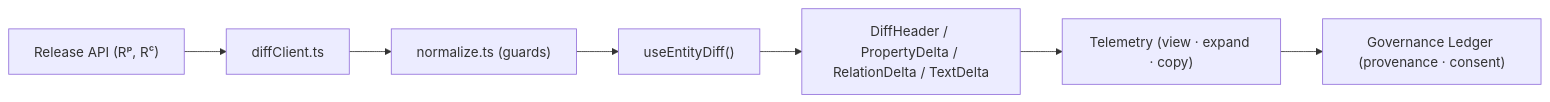
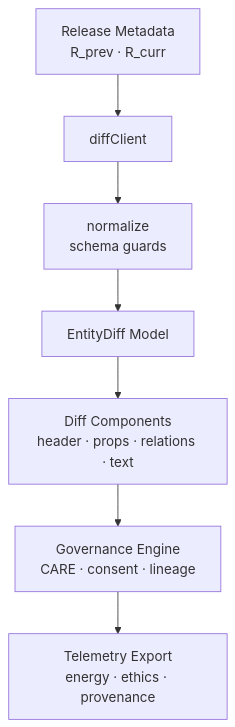
One commit to bartytime4life/Kansas-Frontier-Matrix changed the first of 7 diagrams in web/src/entities/diff-first/README.md. Above: the diagram before and after it, drawn with Mermaid. The commit also changed other lines of this file, not shown here.

First line of the commit message:
Revise README for v10.3.2 of Diff-First module

````diff
--- a/web/src/entities/diff-first/README.md
+++ b/web/src/entities/diff-first/README.md
@@ -116,9 +111,9 @@
 ```mermaid
-flowchart LR
-  A["Release API (Rᵖ, Rᶜ)"] --> B["diffClient.ts"]
-  B --> C["normalize.ts (guards)"]
-  C --> D["useEntityDiff()"]
-  D --> E["DiffHeader / PropertyDelta / RelationDelta / TextDelta"]
-  E --> F["Telemetry (view · expand · copy)"]
-  F --> G["Governance Ledger (provenance · consent)"]
+flowchart TD
+    REL["Release Metadata<br/>R_prev · R_curr"] --> API["diffClient"]
+    API --> NORM["normalize<br/>schema guards"]
+    NORM --> DIFF["EntityDiff Model"]
+    DIFF --> UI["Diff Components<br/>header · props · relations · text"]
+    UI --> GOV["Governance Engine<br/>CARE · consent · lineage"]
+    GOV --> TEL["Telemetry Export<br/>energy · ethics · provenance"]
 ```
````
